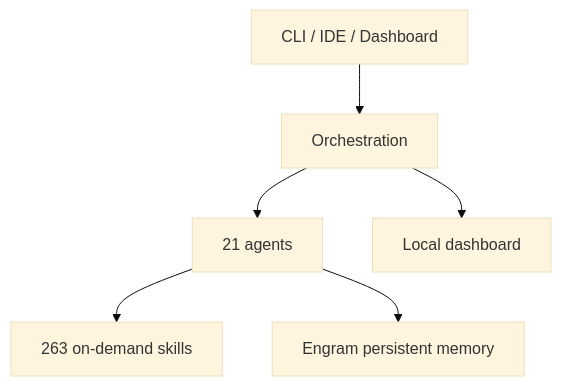
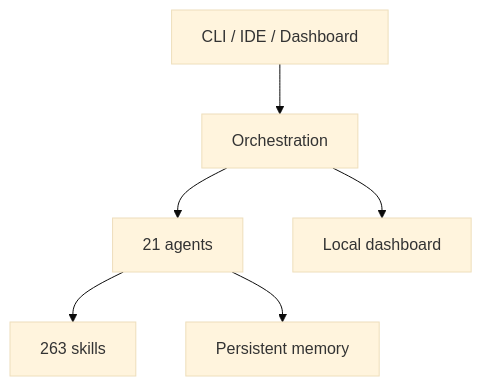
The second of 2 diagrams in README.md (EmmanuelOrtiz87/gentle-vanguard-public), drawn with Mermaid (base theme) before and after one commit. The commit also changed other lines of this file, not shown here.

````diff
--- a/README.md
+++ b/README.md
@@ -53,8 +75,8 @@
 ```mermaid
 flowchart TB
   T[CLI / IDE / Dashboard] --> O[Orchestration]
   O --> A[21 agents]
-  A --> K[263 on-demand skills]
-  A --> E[Engram persistent memory]
+  A --> K[263 skills]
+  A --> E[Persistent memory]
   O --> D[Local dashboard]
 ```
````
